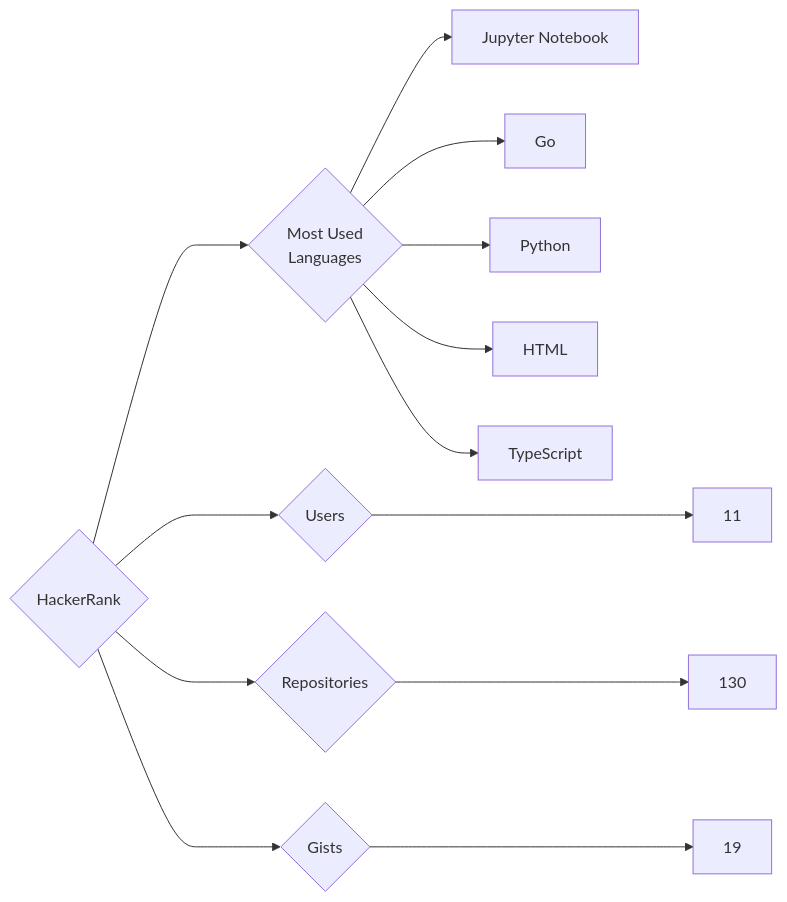
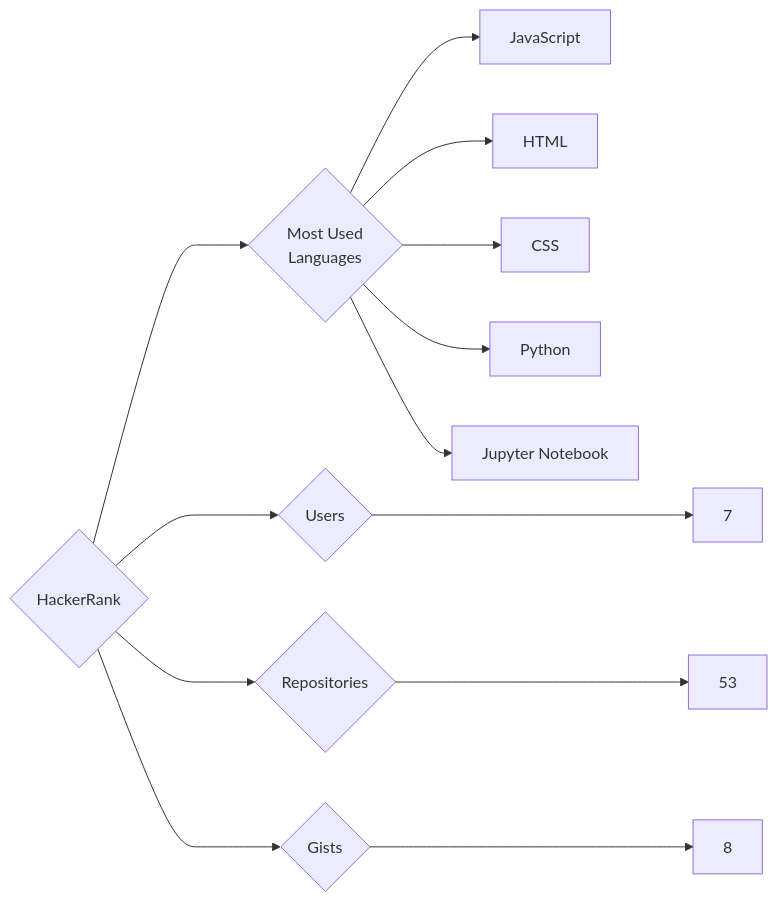
Before and after one commit to trickest/insiders: the diagram in targets/HackerRank/README.md, drawn with Mermaid. The commit also changed 1089 other files, not shown here.

````diff
--- a/targets/HackerRank/README.md
+++ b/targets/HackerRank/README.md
@@ -3,13 +3,13 @@
 ```mermaid
 graph LR
 COMPANY_NAME{HackerRank}
-COMPANY_NAME ---> U{Users} ---> UN[11]
-COMPANY_NAME ---> R{Repositories} ---> RN[130]
-COMPANY_NAME ---> G{Gists} ---> GN[19]
+COMPANY_NAME ---> U{Users} ---> UN[7]
+COMPANY_NAME ---> R{Repositories} ---> RN[53]
+COMPANY_NAME ---> G{Gists} ---> GN[8]
 COMPANY_NAME ---> ML{Most Used<br>Languages}
+ML --> JavaScript[JavaScript]
+ML --> HTML[HTML]
+ML --> CSS[CSS]
+ML --> Python[Python]
 ML --> Jupyter_Notebook[Jupyter Notebook]
-ML --> Go[Go]
-ML --> Python[Python]
-ML --> HTML[HTML]
-ML --> TypeScript[TypeScript]
 ```
````
